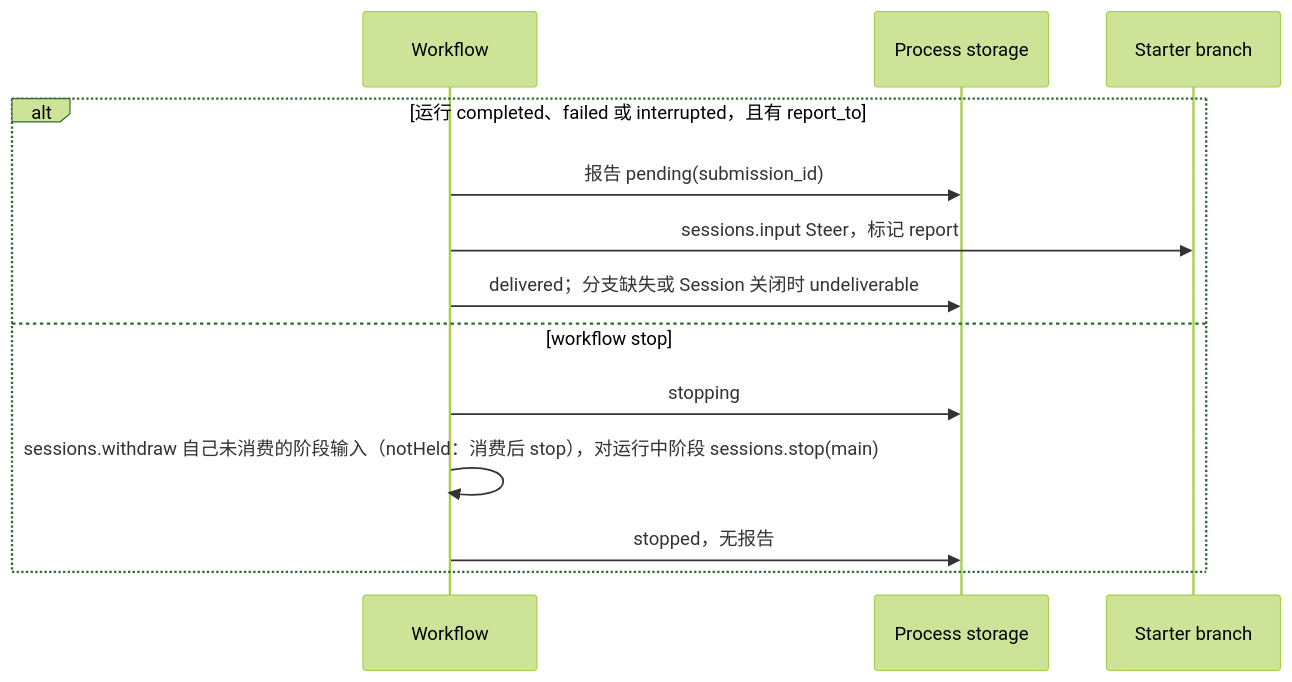
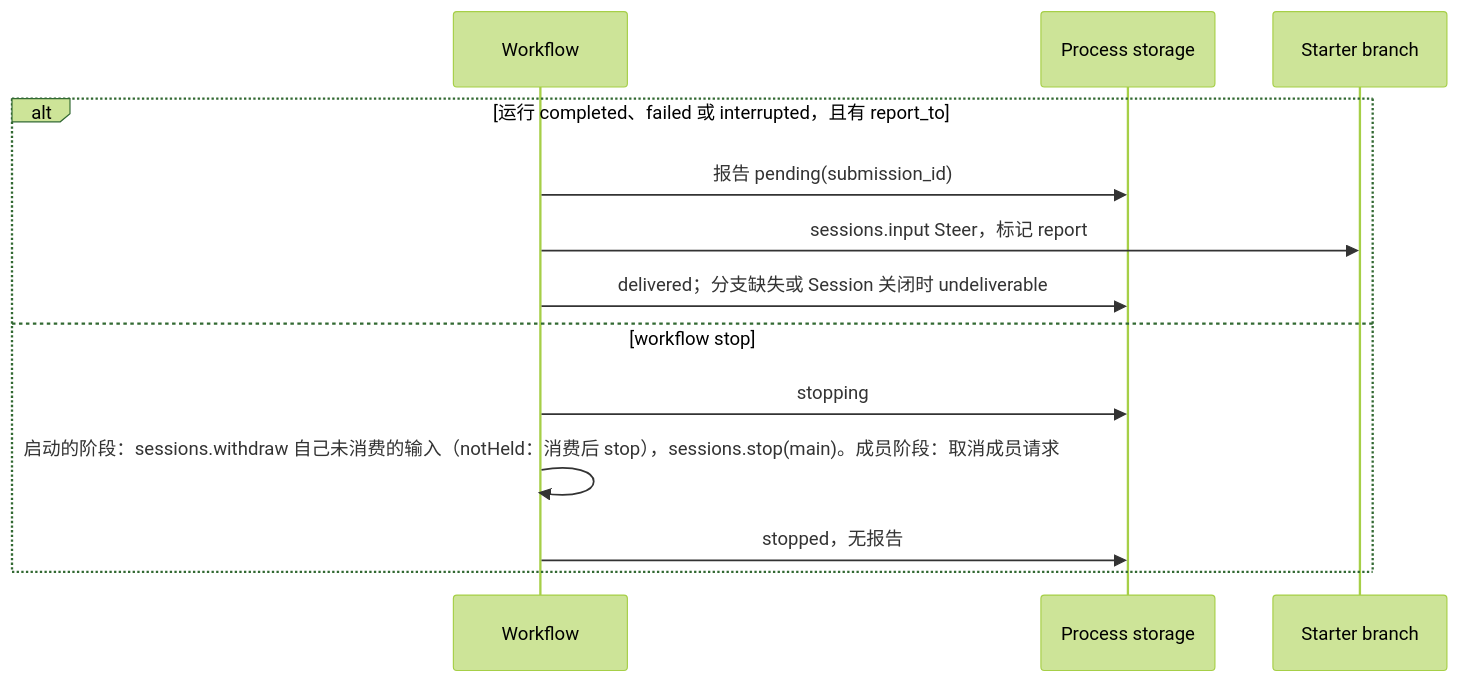
One commit to CoutinhoTTS/dim-agent changed the fourth of 6 diagrams in docs/zh/design/plugins/Workflow.md. Above: the diagram before and after it, drawn with Mermaid (forest theme). The commit also changed other lines of this file and 42 other files, not shown here.

````diff
--- a/docs/zh/design/plugins/Workflow.md
+++ b/docs/zh/design/plugins/Workflow.md
@@ -121,15 +121,15 @@
 ```mermaid
 sequenceDiagram
   participant WF as Workflow
   participant ST as Process storage
   participant STB as Starter branch
   alt 运行 completed、failed 或 interrupted，且有 report_to
     WF->>ST: 报告 pending(submission_id)
     WF->>STB: sessions.input Steer，标记 report
     WF->>ST: delivered；分支缺失或 Session 关闭时 undeliverable
   else workflow stop
     WF->>ST: stopping
-    WF->>WF: sessions.withdraw 自己未消费的阶段输入（notHeld：消费后 stop），对运行中阶段 sessions.stop(main)
+    WF->>WF: 启动的阶段：sessions.withdraw 自己未消费的输入（notHeld：消费后 stop），sessions.stop(main)。成员阶段：取消成员请求
     WF->>ST: stopped，无报告
   end
 ```
````
